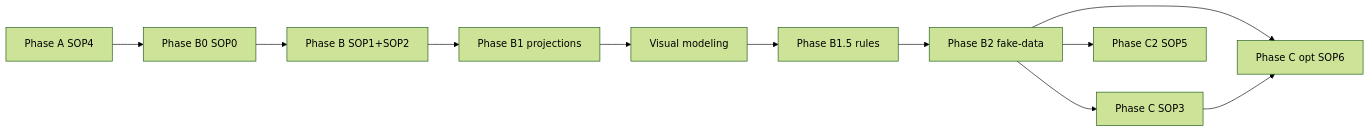
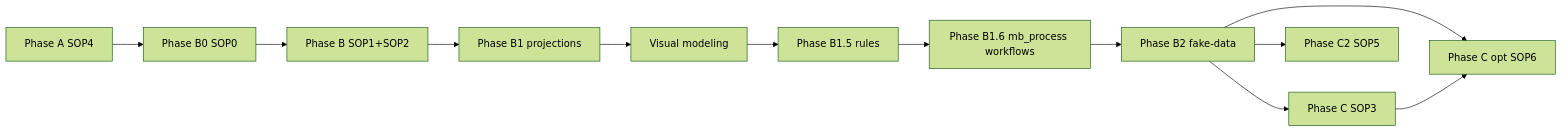
One commit to mindflight-orchestrator/starter-kit-ghostcrab-perso changed the diagram in starterkit/pro-mcp/SOP_SEQUENCE.md. Above: the diagram before and after it, drawn with Mermaid (forest theme). The commit also changed other lines of this file and 8 other files, not shown here.

First line of the commit message:
Add Pro B1.6 mb_process workflows and clarify Personal scope boundaries.

````diff
--- a/starterkit/pro-mcp/SOP_SEQUENCE.md
+++ b/starterkit/pro-mcp/SOP_SEQUENCE.md
@@ -19,18 +19,19 @@
 ```mermaid
 flowchart LR
   A[Phase A SOP4]
   B0[Phase B0 SOP0]
   B[Phase B SOP1+SOP2]
   B1[Phase B1 projections]
   V[Visual modeling]
   B15[Phase B1.5 rules]
+  B16[Phase B1.6 mb_process workflows]
   B2[Phase B2 fake-data]
   C3[Phase C SOP3]
   C6[Phase C opt SOP6]
   C2[Phase C2 SOP5]
-  A --> B0 --> B --> B1 --> V --> B15 --> B2
+  A --> B0 --> B --> B1 --> V --> B15 --> B16 --> B2
   B2 --> C3
   B2 --> C6
   B2 --> C2
   C3 --> C6
 ```
````
